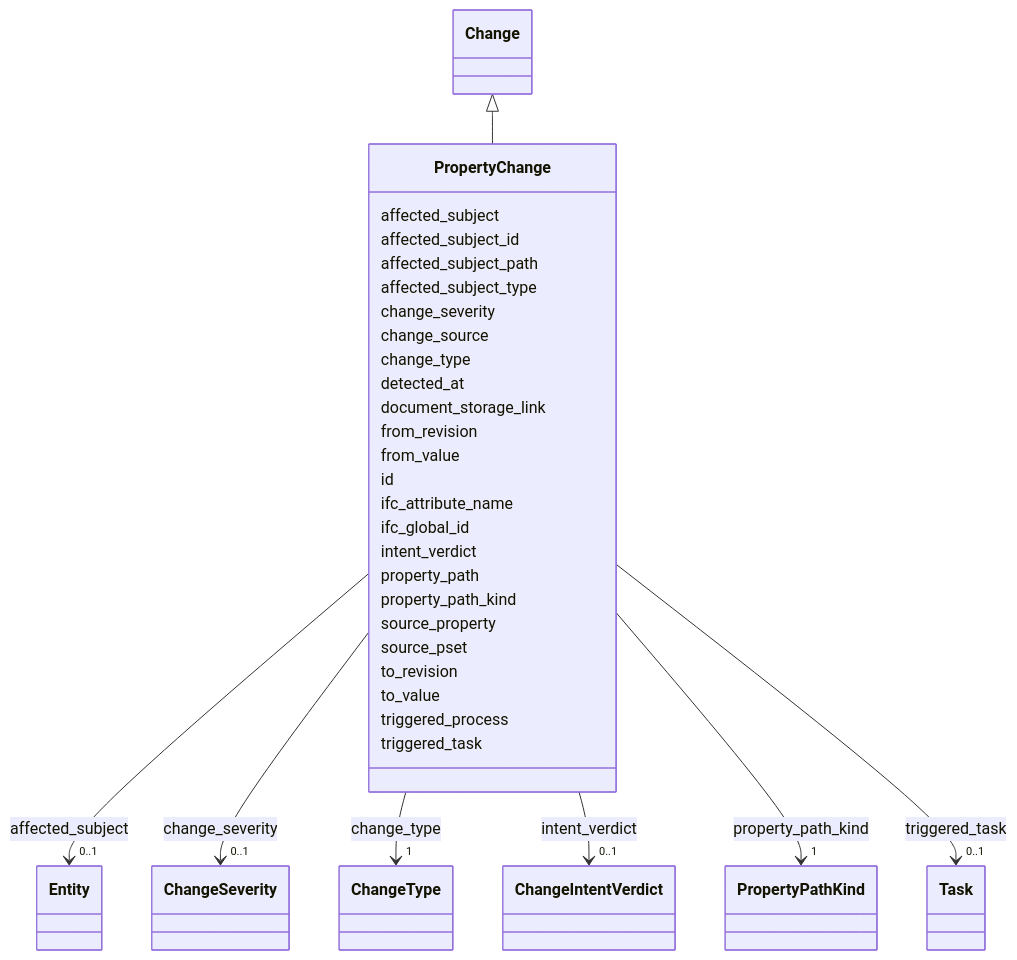
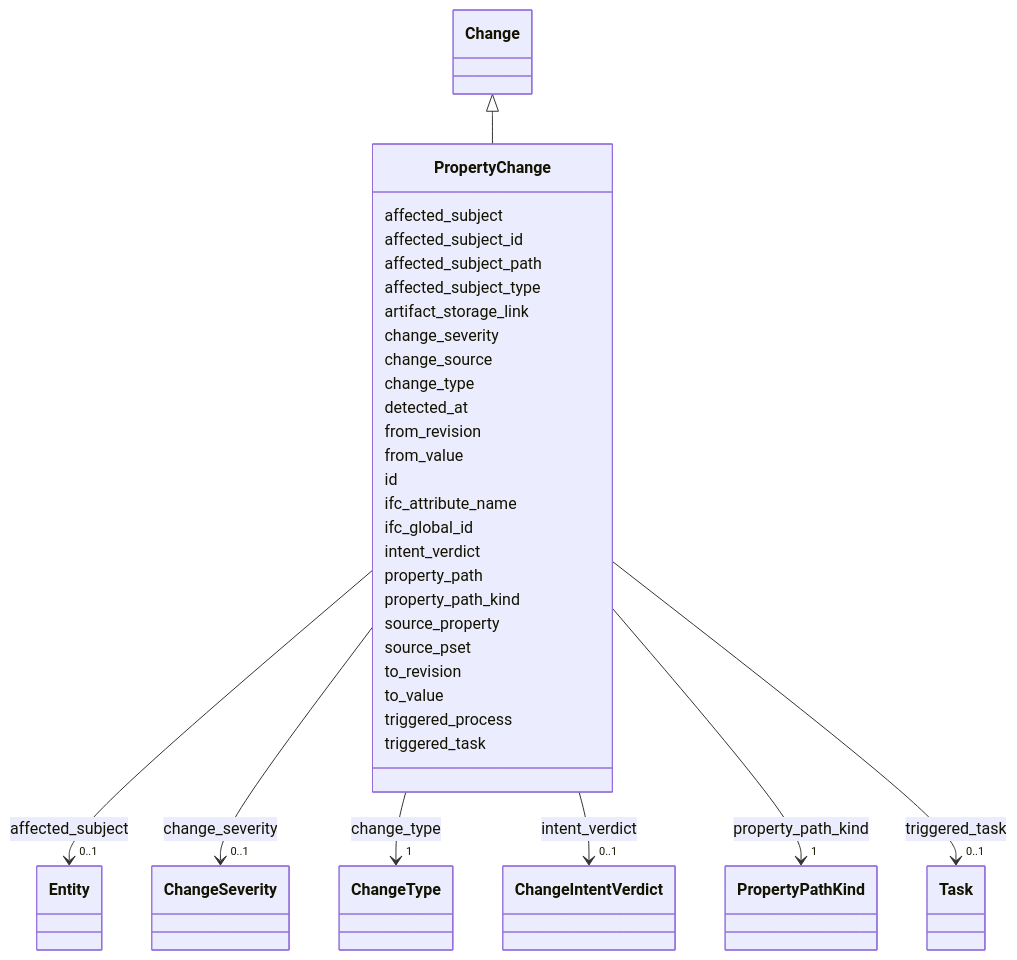
One commit to simondilhas/pragmatic-bim-data-contract changed the diagram in site/schema/.md-src/PropertyChange.md. Above: the diagram before and after it, drawn with Mermaid. The commit also changed other lines of this file and 510 other files, not shown here.

First line of the commit message:
Update mkdocs configuration, schema files, and documentation for improved clarity and consistency

````diff
--- a/site/schema/.md-src/PropertyChange.md
+++ b/site/schema/.md-src/PropertyChange.md
@@ -23,42 +23,42 @@
 ```mermaid
  classDiagram
     class PropertyChange
     click PropertyChange href "./PropertyChange.html"
       Change <|-- PropertyChange
         click Change href "./Change.html"
       PropertyChange : affected_subject
         PropertyChange --> "0..1" Entity : affected_subject
         click Entity href "./Entity.html"
       PropertyChange : affected_subject_id
       PropertyChange : affected_subject_path
       PropertyChange : affected_subject_type
+      PropertyChange : artifact_storage_link
       PropertyChange : change_severity
         PropertyChange --> "0..1" ChangeSeverity : change_severity
         click ChangeSeverity href "./ChangeSeverity.html"
       PropertyChange : change_source
       PropertyChange : change_type
         PropertyChange --> "1" ChangeType : change_type
         click ChangeType href "./ChangeType.html"
       PropertyChange : detected_at
-      PropertyChange : document_storage_link
       PropertyChange : from_revision
       PropertyChange : from_value
       PropertyChange : id
       PropertyChange : ifc_attribute_name
       PropertyChange : ifc_global_id
       PropertyChange : intent_verdict
         PropertyChange --> "0..1" ChangeIntentVerdict : intent_verdict
         click ChangeIntentVerdict href "./ChangeIntentVerdict.html"
       PropertyChange : property_path
       PropertyChange : property_path_kind
         PropertyChange --> "1" PropertyPathKind : property_path_kind
         click PropertyPathKind href "./PropertyPathKind.html"
       PropertyChange : source_property
       PropertyChange : source_pset
       PropertyChange : to_revision
       PropertyChange : to_value
       PropertyChange : triggered_process
       PropertyChange : triggered_task
         PropertyChange --> "0..1" Task : triggered_task
         click Task href "./Task.html"
 ```
````
